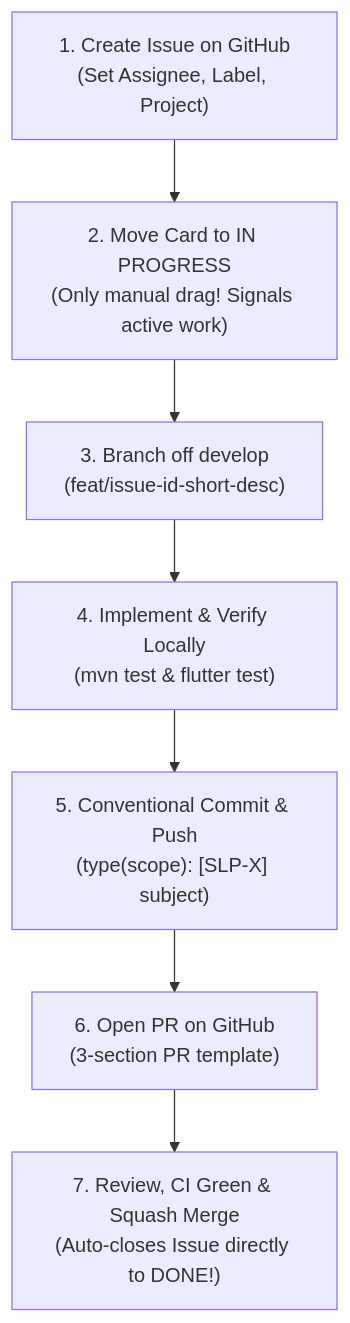
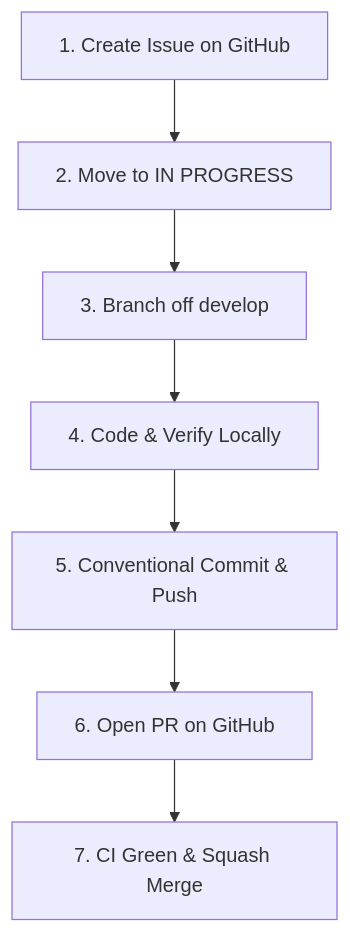
One commit to Varian08/smart-local-planner changed the first of 2 diagrams in docs/DEVELOPER_WORKFLOW_PLAYBOOK.md. Above: the diagram before and after it, drawn with Mermaid. The commit also changed other lines of this file and 4 other files, not shown here.

Commit message:
docs: standardize enterprise architecture diagrams and decouple node details into structured markdown tables

````diff
--- a/docs/DEVELOPER_WORKFLOW_PLAYBOOK.md
+++ b/docs/DEVELOPER_WORKFLOW_PLAYBOOK.md
@@ -14,10 +14,9 @@
 ```mermaid
-%%{init: {'flowchart': {'htmlLabels': false}}}%%
 flowchart TD
-    Step1["1. Create Issue on GitHub<br/>(Set Assignee, Label, Project)"] --> Step2["2. Move Card to IN PROGRESS<br/>(Only manual drag! Signals active work)"]
-    Step2 --> Step3["3. Branch off develop<br/>(feat/issue-id-short-desc)"]
-    Step3 --> Step4["4. Implement & Verify Locally<br/>(mvn test & flutter test)"]
-    Step4 --> Step5["5. Conventional Commit & Push<br/>(type(scope): [SLP-X] subject)"]
-    Step5 --> Step6["6. Open PR on GitHub<br/>(3-section PR template)"]
-    Step6 --> Step7["7. Review, CI Green & Squash Merge<br/>(Auto-closes Issue directly to DONE!)"]
+    Step1["1. Create Issue on GitHub"] --> Step2["2. Move to IN PROGRESS"]
+    Step2 --> Step3["3. Branch off develop"]
+    Step3 --> Step4["4. Code & Verify Locally"]
+    Step4 --> Step5["5. Conventional Commit & Push"]
+    Step5 --> Step6["6. Open PR on GitHub"]
+    Step6 --> Step7["7. CI Green & Squash Merge"]
 ```
````
